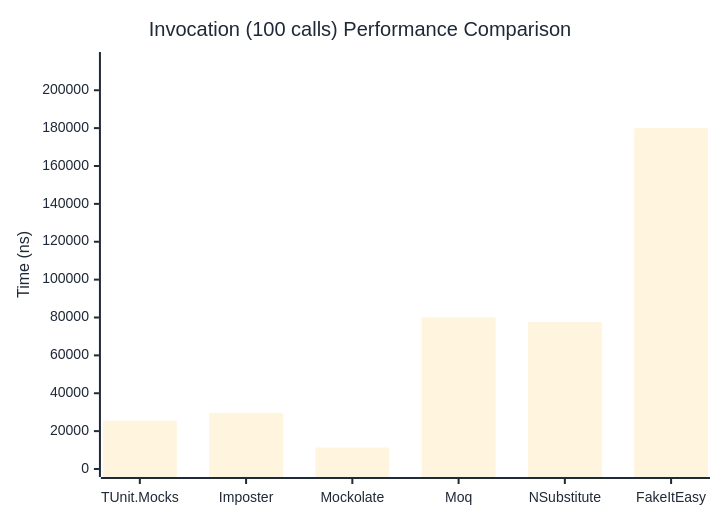
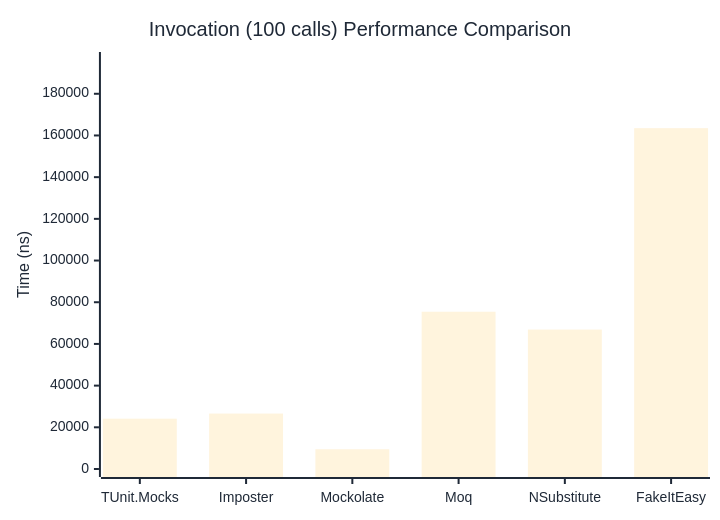
Before and after one commit to thomhurst/TUnit: the third of 3 diagrams in docs/docs/benchmarks/mocks/Invocation.md, drawn with Mermaid. The commit also changed other lines of this file and 14 other files, not shown here.

````diff
--- a/docs/docs/benchmarks/mocks/Invocation.md
+++ b/docs/docs/benchmarks/mocks/Invocation.md
@@ -110,27 +110,27 @@
 ```mermaid
 %%{init: {
   'theme':'base',
   'themeVariables': {
     'primaryColor': '#2563eb',
     'primaryTextColor': '#1f2937',
     'primaryBorderColor': '#1e40af',
     'lineColor': '#6b7280',
     'secondaryColor': '#7c3aed',
     'tertiaryColor': '#dc2626',
     'background': '#ffffff',
     'pie1': '#2563eb',
     'pie2': '#7c3aed',
     'pie3': '#dc2626',
     'pie4': '#f59e0b',
     'pie5': '#10b981',
     'pie6': '#06b6d4',
     'pie7': '#ec4899',
     'pie8': '#6366f1'
   }
 }}%%
 xychart-beta
   title "Invocation (100 calls) Performance Comparison"
   x-axis ["TUnit.Mocks", "Imposter", "Mockolate", "Moq", "NSubstitute", "FakeItEasy"]
-  y-axis "Time (ns)" 0 --> 215973
-  bar [25534.5, 29698.5, 11329, 80134.7, 77699.9, 179977.1]
+  y-axis "Time (ns)" 0 --> 196200
+  bar [24135.17, 26597.38, 9475.17, 75449.56, 66891.38, 163499.26]
 ```
````
